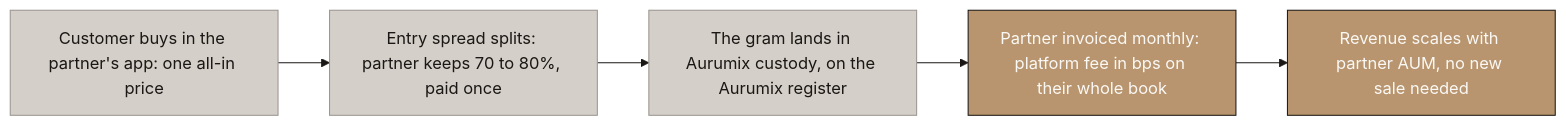
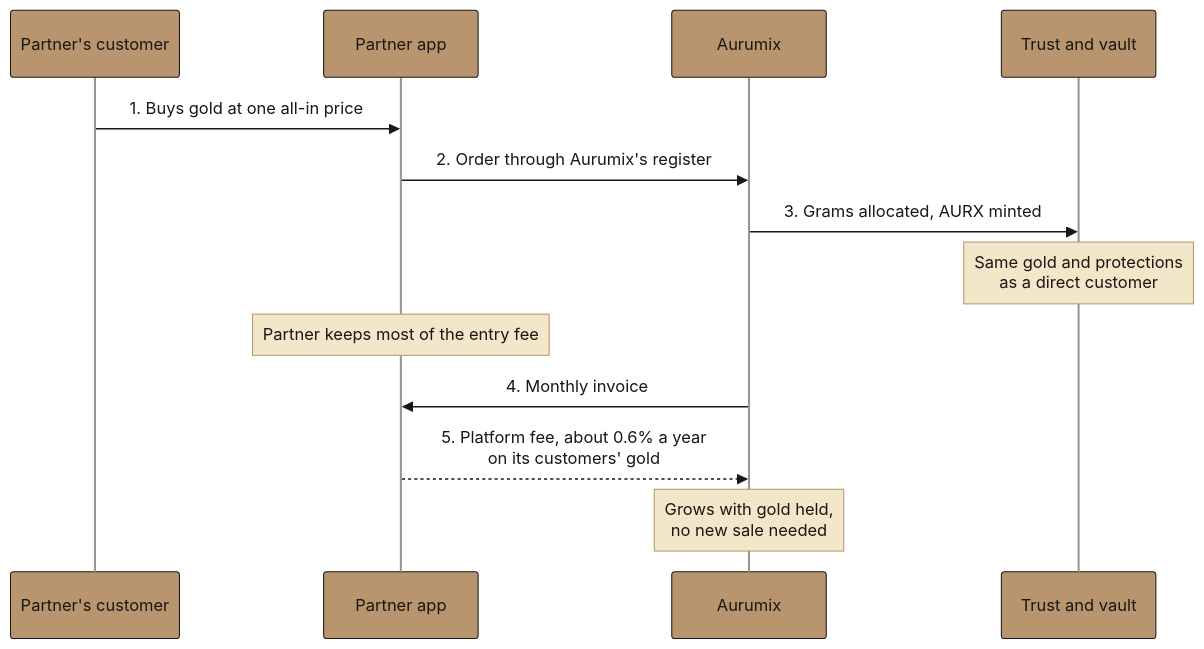
One commit to Abdsys/Aurumix changed diagram 44 of 45 in deliverables/2-mechanism-design/final/Aurumix_Process_Maps.md. Above: the diagram before and after it, drawn with Mermaid. The commit also changed other lines of this file and 6 other files, not shown here.

First line of the commit message:
Review pass on the MD document, sections 2 to 14: plain language, new diagrams, card and credit open to all

````diff
--- a/deliverables/2-mechanism-design/final/Aurumix_Process_Maps.md
+++ b/deliverables/2-mechanism-design/final/Aurumix_Process_Maps.md
@@ -1300,25 +1469,33 @@
 ```mermaid
 %%{init: {'theme': 'base', 'themeVariables': {
     'primaryColor': '#B8956E',
     'primaryTextColor': '#1A1714',
     'primaryBorderColor': '#1A1714',
     'lineColor': '#1A1714',
     'secondaryColor': '#FAF8F5',
     'tertiaryColor': '#D4CFC8',
     'fontFamily': 'Libre Franklin, sans-serif',
-    'edgeLabelBackground': '#D4CFC8',
-    'clusterBkg': '#FAF8F5',
-    'clusterBorder': '#B8956E'
+    'actorBkg': '#B8956E',
+    'actorBorder': '#1A1714',
+    'actorTextColor': '#1A1714',
+    'actorLineColor': '#9A9590',
+    'signalColor': '#1A1714',
+    'signalTextColor': '#1A1714',
+    'noteBkgColor': '#F3E7C9',
+    'noteBorderColor': '#B8956E',
+    'noteTextColor': '#1A1714'
 }}}%%
-graph LR
-    A["Customer buys in the partner's app: one all-in price"] --> B["Entry spread splits: partner keeps 70 to 80%, paid once"]
-    B --> C["The gram lands in Aurumix custody, on the Aurumix register"]
-    C --> D["Partner invoiced monthly: platform fee in bps on their whole book"]
-    D --> E["Revenue scales with partner AUM, no new sale needed"]
-
-    style A fill:#D4CFC8,stroke:#9A9590,color:#1A1714
-    style B fill:#D4CFC8,stroke:#9A9590,color:#1A1714
-    style C fill:#D4CFC8,stroke:#9A9590,color:#1A1714
-    style D fill:#B8956E,stroke:#1A1714,color:#FAF8F5
-    style E fill:#B8956E,stroke:#1A1714,color:#FAF8F5
+sequenceDiagram
+    participant C as Partner's customer
+    participant P as Partner app
+    participant A as Aurumix
+    participant T as Trust and vault
+    C->>P: 1. Buys gold at one all-in price
+    P->>A: 2. Order through Aurumix's register
+    A->>T: 3. Grams allocated, AURX minted
+    Note over T: Same gold and protections<br/>as a direct customer
+    Note over P: Partner keeps most of the entry fee
+    A->>P: 4. Monthly invoice
+    P-->>A: 5. Platform fee, about 0.6% a year<br/>on its customers' gold
+    Note over A: Grows with gold held,<br/>no new sale needed
 ```
````
